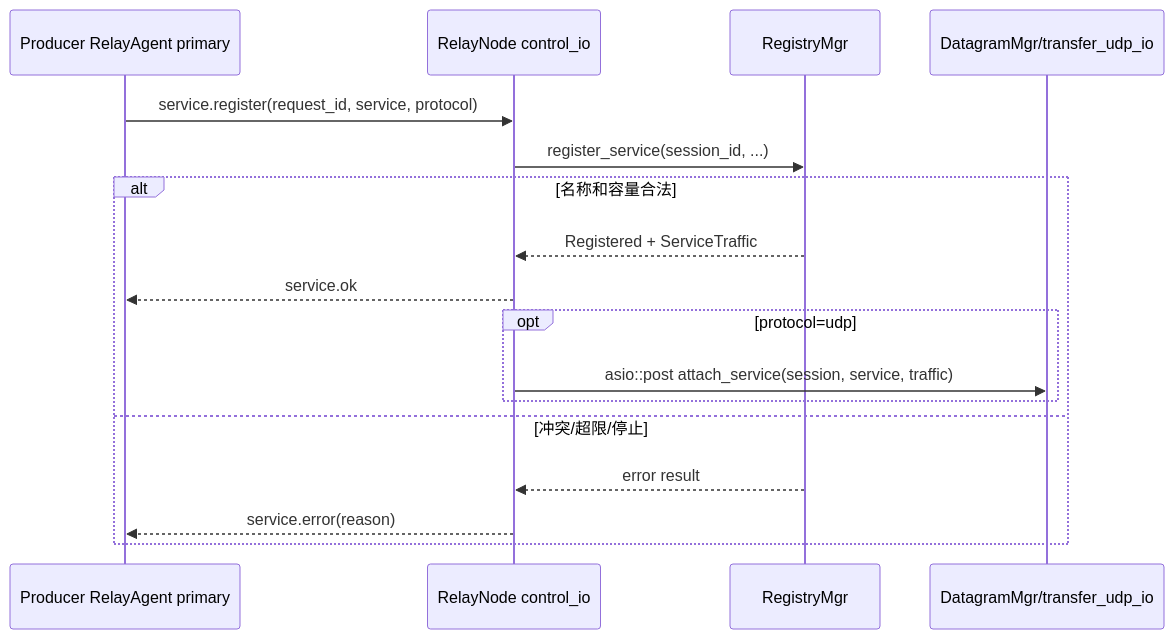
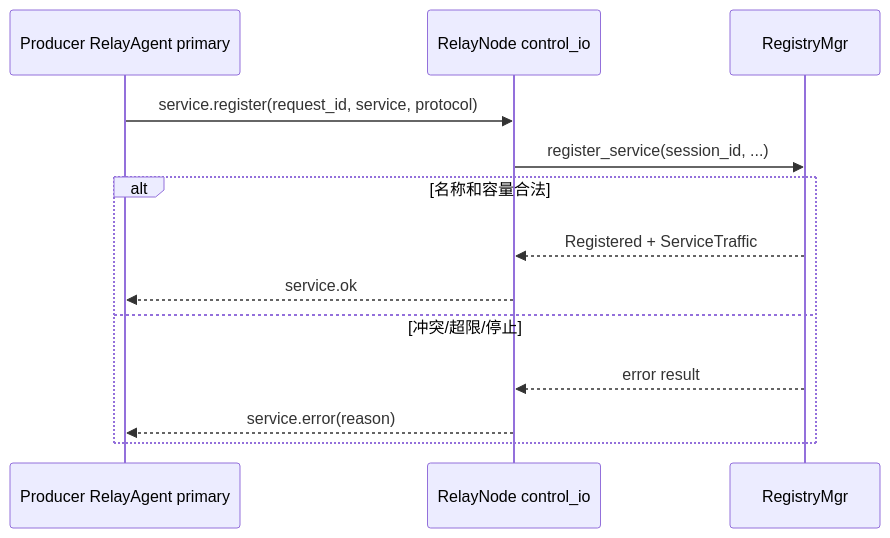
Before and after one commit to Xtinc/relayweave: the sixth of 12 diagrams in docs/RelayWeave设计.md, drawn with Mermaid. The commit also changed other lines of this file and 54 other files, not shown here.

````diff
--- a/docs/RelayWeave设计.md
+++ b/docs/RelayWeave设计.md
@@ -588,20 +542,16 @@
 ```mermaid
 sequenceDiagram
     participant P as Producer RelayAgent primary
     participant S as RelayNode control_io
     participant R as RegistryMgr
-    participant D as DatagramMgr/transfer_udp_io
 
     P->>S: service.register(request_id, service, protocol)
     S->>R: register_service(session_id, ...)
     alt 名称和容量合法
         R-->>S: Registered + ServiceTraffic
         S-->>P: service.ok
-        opt protocol=udp
-            S->>D: asio::post attach_service(session, service, traffic)
-        end
     else 冲突/超限/停止
         R-->>S: error result
         S-->>P: service.error(reason)
     end
 ```
````
